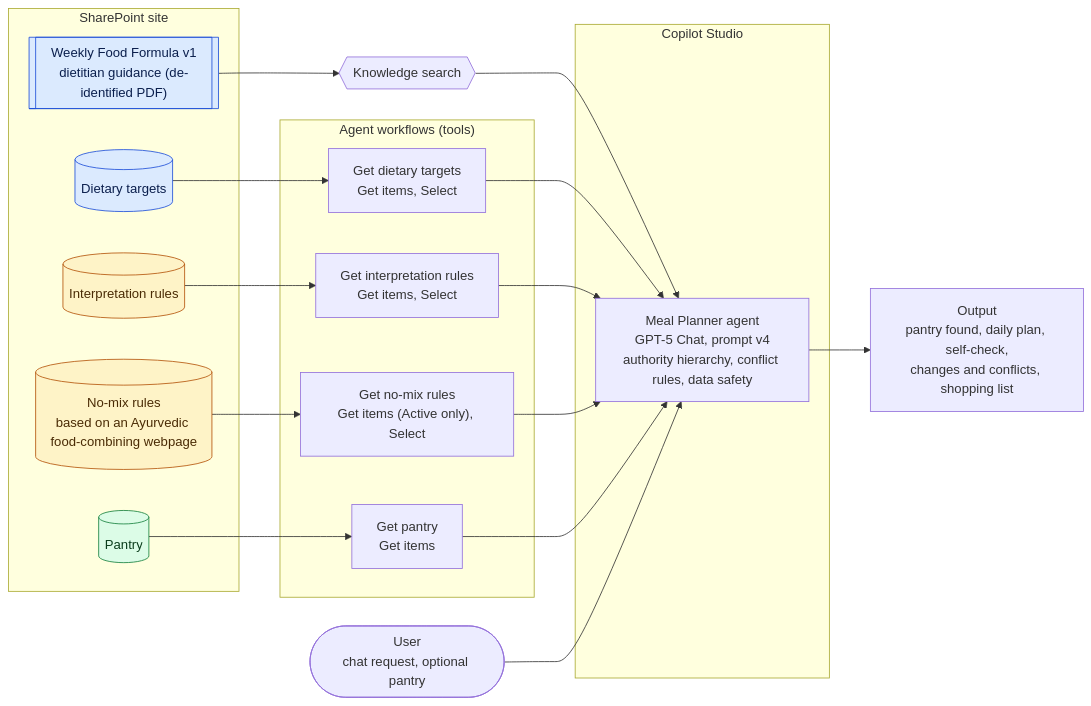
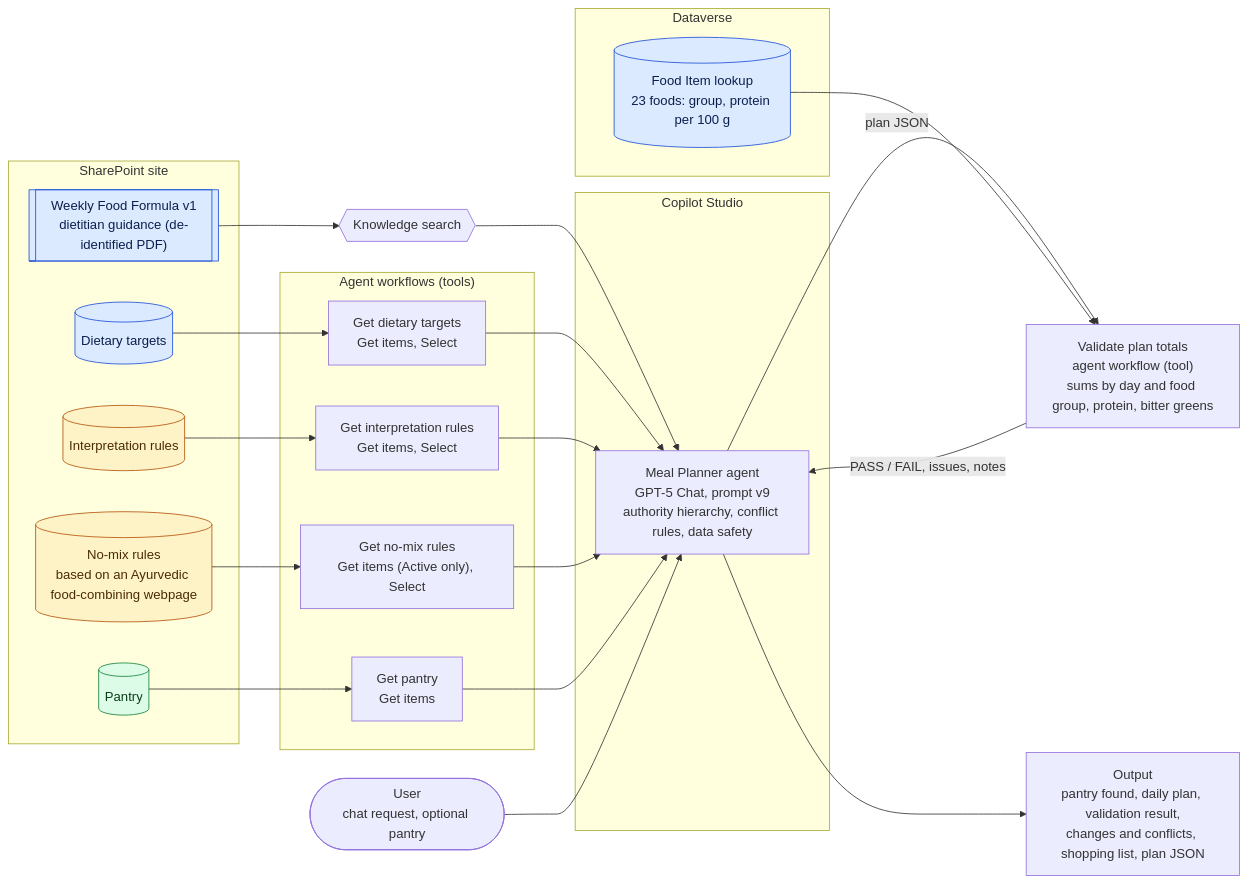
The diagram in README.md (ddelgoda/meal-planner-agent), drawn with Mermaid before and after one commit. The commit also changed other lines of this file, not shown here.

````diff
--- a/README.md
+++ b/README.md
@@ -20,43 +21,53 @@
 ```mermaid
 flowchart LR
     U(["User<br/>chat request, optional pantry"])
 
     subgraph SP["SharePoint site"]
         PDF[["Weekly Food Formula v1<br/>dietitian guidance (de-identified PDF)"]]
         T[("Dietary targets")]
         I[("Interpretation rules")]
         N[("No-mix rules<br/>based on an Ayurvedic food-combining webpage")]
         P[("Pantry")]
     end
 
     subgraph WF["Agent workflows (tools)"]
         W1["Get dietary targets<br/>Get items, Select"]
         W2["Get interpretation rules<br/>Get items, Select"]
         W3["Get no-mix rules<br/>Get items (Active only), Select"]
         W4["Get pantry<br/>Get items"]
     end
 
     KS{{"Knowledge search"}}
 
-    subgraph CS["Copilot Studio"]
-        A["Meal Planner agent<br/>GPT-5 Chat, prompt v4<br/>authority hierarchy, conflict rules, data safety"]
+    subgraph DV["Dataverse"]
+        FL[("Food Item lookup<br/>23 foods: group, protein per 100 g")]
     end
 
-    O["Output<br/>pantry found, daily plan, self-check,<br/>changes and conflicts, shopping list"]
+    V["Validate plan totals<br/>agent workflow (tool)<br/>sums by day and food group, protein, bitter greens"]
+
+    subgraph CS["Copilot Studio"]
+        A["Meal Planner agent<br/>GPT-5 Chat, prompt v9<br/>authority hierarchy, conflict rules, data safety"]
+    end
+
+    O["Output<br/>pantry found, daily plan, validation result,<br/>changes and conflicts, shopping list, plan JSON"]
 
     PDF --> KS --> A
     T --> W1 --> A
     I --> W2 --> A
     N --> W3 --> A
     P --> W4 --> A
     U --> A
+    A -- "plan JSON" --> V
+    FL --> V
+    V -- "PASS / FAIL, issues, notes" --> A
     A --> O
 
     classDef authoritative fill:#dbeafe,stroke:#1d4ed8,color:#0b1f4d
     classDef userrule fill:#fef3c7,stroke:#b45309,color:#4a2b05
     classDef state fill:#dcfce7,stroke:#15803d,color:#0b3d1c
 
     class PDF,T authoritative
     class I,N userrule
     class P state
+    class FL authoritative
 ```
````
